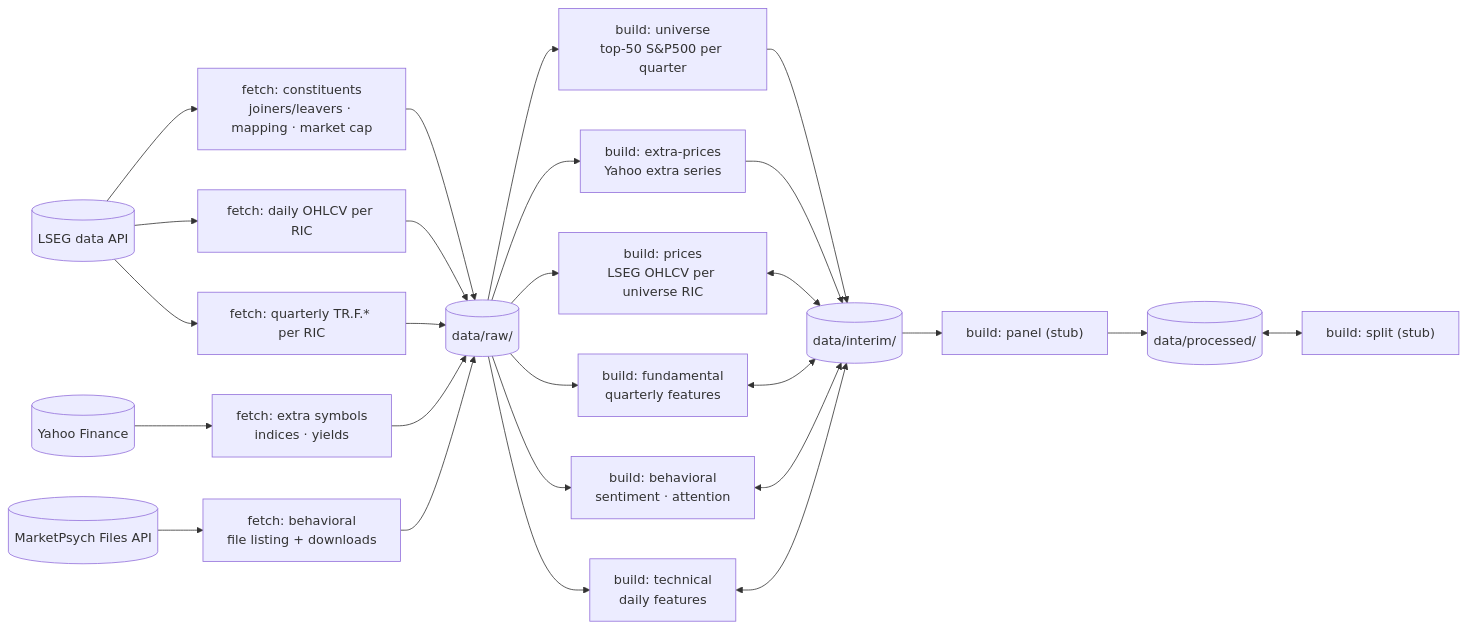
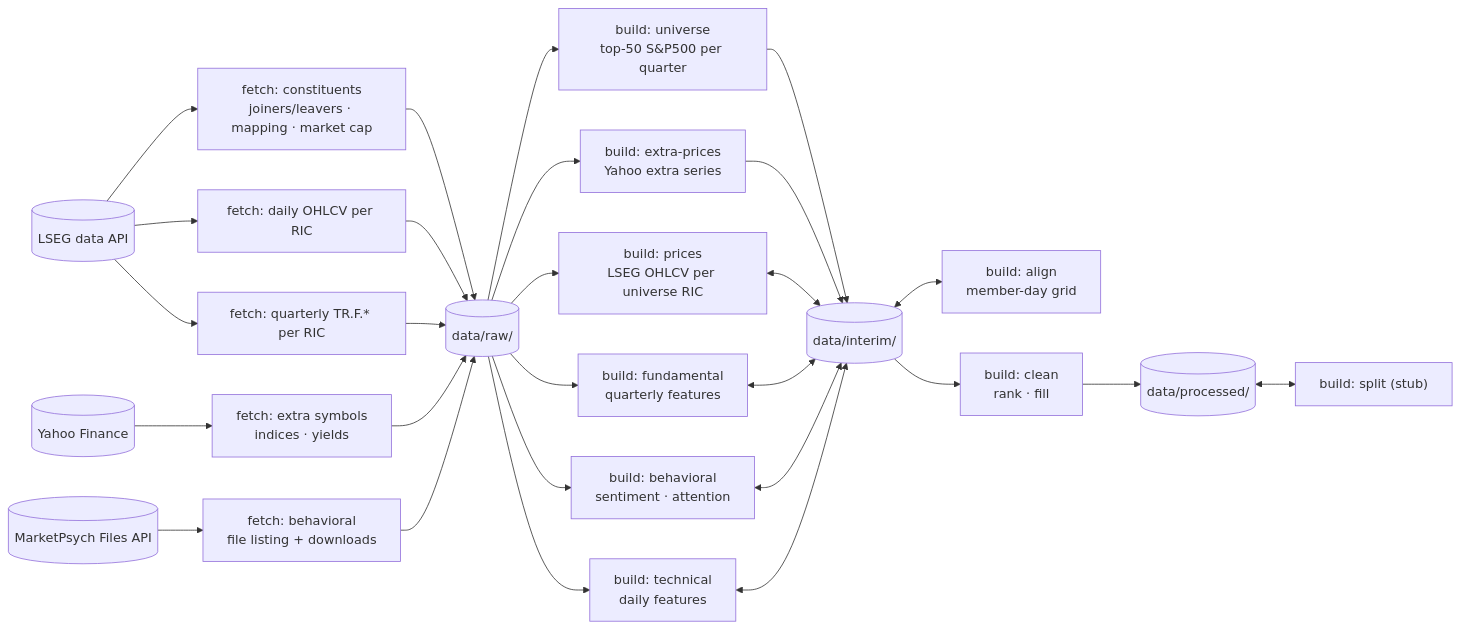
One commit to life00/factor-weaver changed the diagram in docs/data.md. Above: the diagram before and after it, drawn with Mermaid. The commit also changed other lines of this file and 6 other files, not shown here.

Commit message:
docs: describe align and clean panel steps

````diff
--- a/docs/data.md
+++ b/docs/data.md
@@ -26,28 +33,29 @@
 ```mermaid
 flowchart LR
   lseg[("LSEG data API")] --> fetch_ref["fetch: constituents<br/>joiners/leavers · mapping · market cap"]
   lseg --> fetch_px["fetch: daily OHLCV per RIC"]
   lseg --> fetch_fund["fetch: quarterly TR.F.* per RIC"]
   yahoo[("Yahoo Finance")] --> fetch_yf["fetch: extra symbols<br/>indices · yields"]
   mpsych[("MarketPsych Files API")] --> fetch_mp["fetch: behavioral<br/>file listing + downloads"]
   fetch_ref --> raw[("data/raw/")]
   fetch_px --> raw
   fetch_fund --> raw
   fetch_yf --> raw
   fetch_mp --> raw
   raw --> univ["build: universe<br/>top-50 S&P500 per quarter"]
   raw --> bprices["build: prices<br/>LSEG OHLCV per universe RIC"]
   raw --> bextra["build: extra-prices<br/>Yahoo extra series"]
   raw --> bfund["build: fundamental<br/>quarterly features"]
   raw --> bbeh["build: behavioral<br/>sentiment · attention"]
   raw --> tech["build: technical<br/>daily features"]
   univ --> interim[("data/interim/")]
   bextra --> interim
   bprices <--> interim
   bfund <--> interim
   bbeh <--> interim
   tech <--> interim
-  interim --> panel["build: panel (stub)"]
-  panel --> processed[("data/processed/")]
+  interim <--> align["build: align<br/>member-day grid"]
+  interim --> clean["build: clean<br/>rank · fill"]
+  clean --> processed[("data/processed/")]
   processed <--> split["build: split (stub)"]
 ```
````
